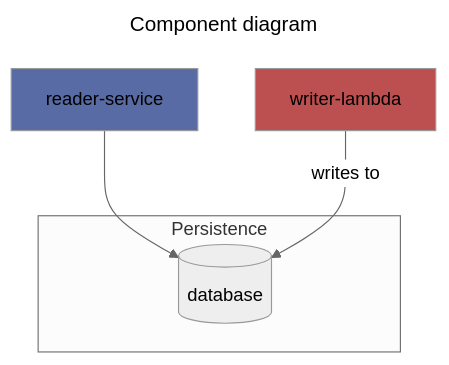
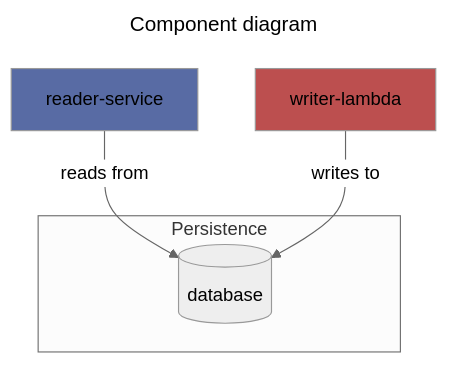
The first of 2 diagrams in README.md (mcanlas/temporal-diagrams), drawn with Mermaid (neutral theme) before and after one commit. The commit also changed other lines of this file and 3 other files, not shown here.

````diff
--- a/README.md
+++ b/README.md
@@ -8,23 +8,23 @@
 ```mermaid
 ---
 title: Component diagram
 ---
 flowchart
   reader-service:::Service
 
   writer-lambda:::Lambda
 
   classDef Lambda fill:#bc4f4f
 
   classDef Service fill:#586ba4
 
   subgraph persistence [Persistence]
     database[(database)]:::Database
 
     classDef Service fill:#586ba4
   end
 
-  reader-service --> database
+  reader-service -- reads from --> database
 
   writer-lambda -- writes to --> database
 ```
````
